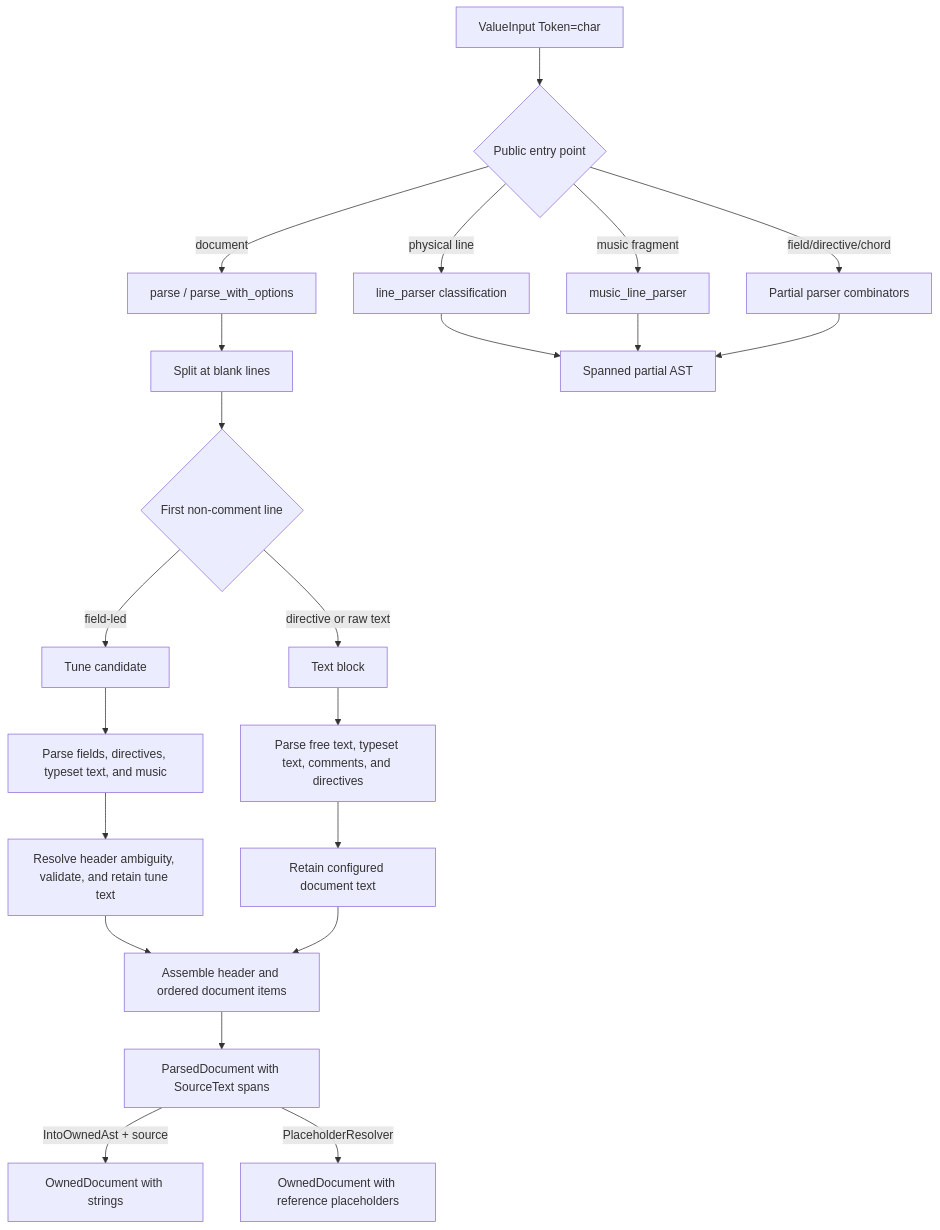
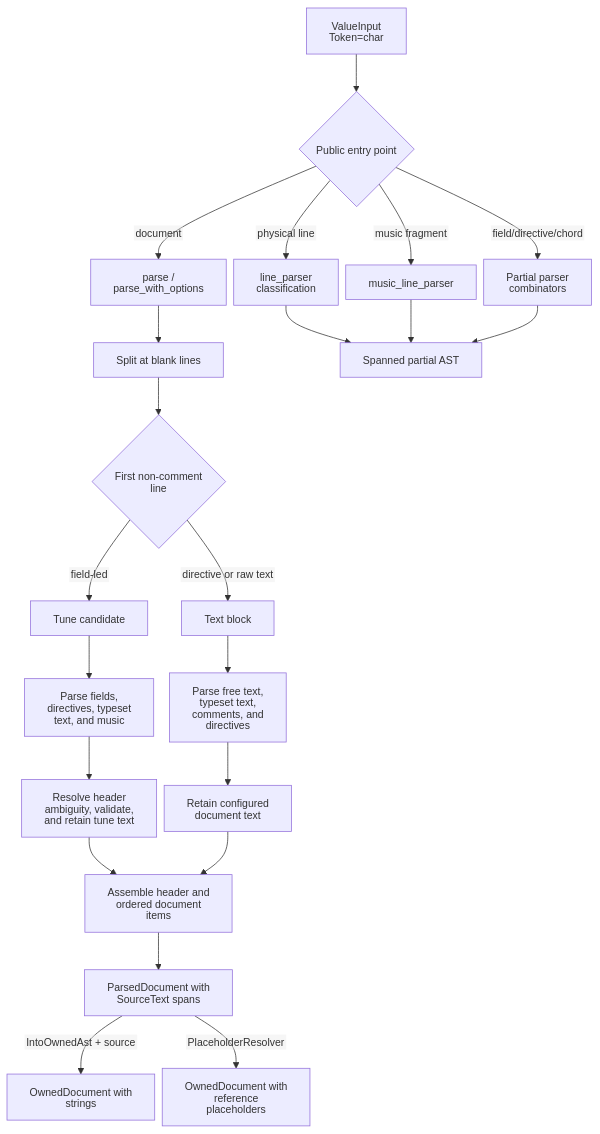
One commit to mauricebarnum/abc-parser changed the first of 8 diagrams in docs/architecture.md. Above: the diagram before and after it, drawn with Mermaid. The commit also changed other lines of this file, not shown here.

First line of the commit message:
Refine architecture diagram readability

````diff
--- a/docs/architecture.md
+++ b/docs/architecture.md
@@ -25,24 +25,33 @@
 ```mermaid
+---
+config:
+  htmlLabels: false
+  themeVariables:
+    fontSize: 14px
+  flowchart:
+    nodeSpacing: 10
+    wrappingWidth: 140
+---
 flowchart TD
     source["ValueInput Token=char"] --> entry{Public entry point}
     entry -->|document| document[parse / parse_with_options]
     entry -->|physical line| line[line_parser classification]
     entry -->|music fragment| music[music_line_parser]
     entry -->|field/directive/chord| partial[Partial parser combinators]
     document --> split[Split at blank lines]
     split --> classify{First non-comment line}
     classify -->|field-led| tune[Tune candidate]
     classify -->|directive or raw text| text[Text block]
     tune --> tune_lines[Parse fields, directives, typeset text, and music]
     text --> text_items[Parse free text, typeset text, comments, and directives]
     line --> partial_ast[Spanned partial AST]
     music --> partial_ast
     partial --> partial_ast
     tune_lines --> tune_options[Resolve header ambiguity, validate, and retain tune text]
     text_items --> text_options[Retain configured document text]
     tune_options --> ordered[Assemble header and ordered document items]
     text_options --> ordered
     ordered --> parsed[ParsedDocument with SourceText spans]
     parsed -->|IntoOwnedAst + source| owned[OwnedDocument with strings]
     parsed -->|PlaceholderResolver| detached[OwnedDocument with reference placeholders]
 ```
````
